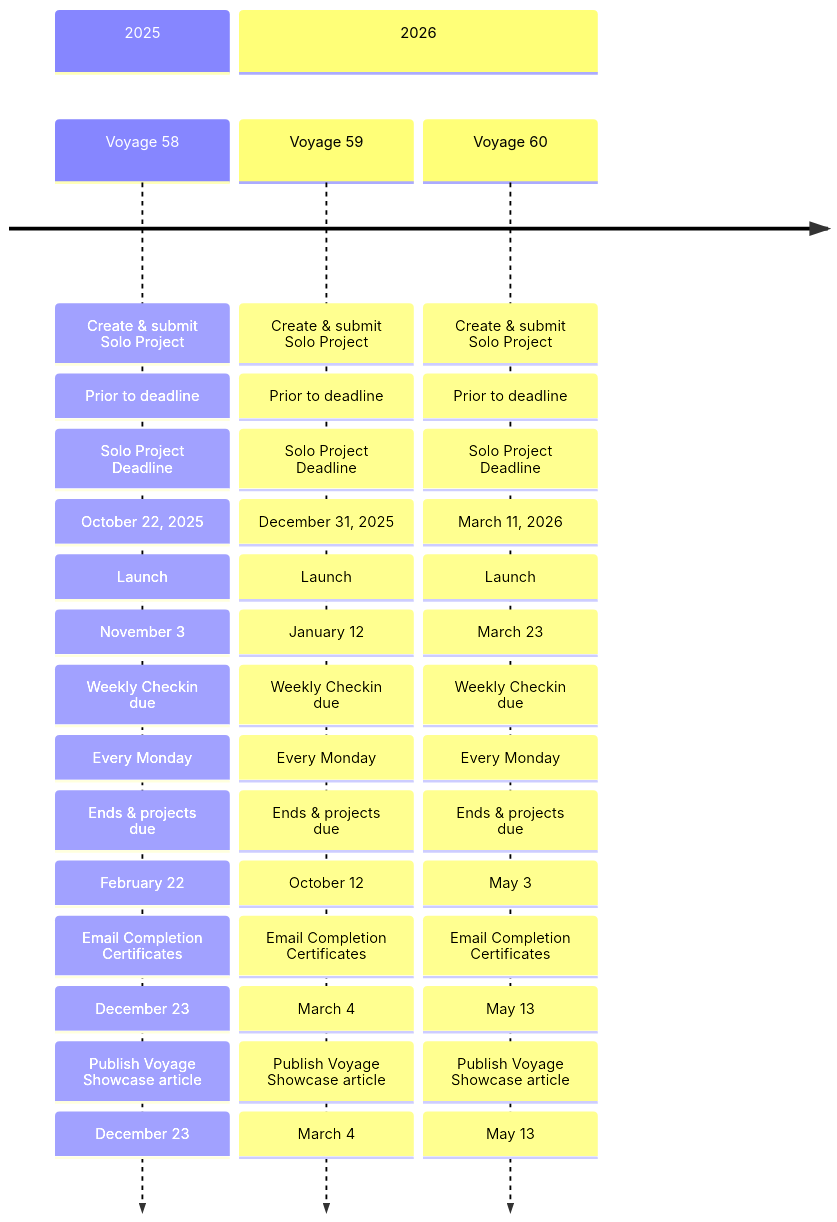
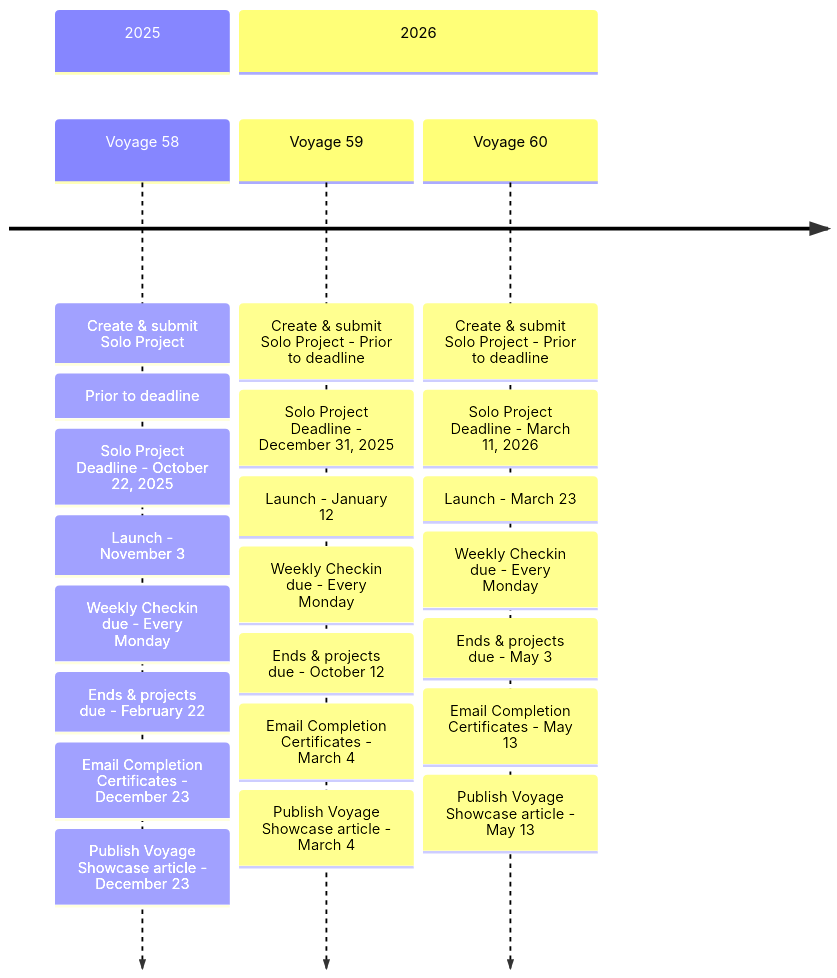
One commit to chingu-voyages/Handbook changed the first of 3 diagrams in docs/guides/voyage/voyage.md. Above: the diagram before and after it, drawn with Mermaid.

Commit message:
Feature: Reformat voyage schedule timeline sections

````diff
--- a/docs/guides/voyage/voyage.md
+++ b/docs/guides/voyage/voyage.md
@@ -31,26 +31,26 @@
 ```mermaid
   timeline
     section 2025
       Voyage 58: Create & submit Solo Project: Prior to deadline
-               : Solo Project Deadline: October 22, 2025
-               : Launch: November 3
-               : Weekly Checkin due: Every Monday
-               : Ends & projects due: February 22
-               : Email Completion Certificates: December 23
-               : Publish Voyage Showcase article: December 23
+               : Solo Project Deadline - October 22, 2025
+               : Launch - November 3
+               : Weekly Checkin due - Every Monday
+               : Ends & projects due - February 22
+               : Email Completion Certificates - December 23
+               : Publish Voyage Showcase article - December 23
     section 2026
-      Voyage 59: Create & submit Solo Project: Prior to deadline
-               : Solo Project Deadline: December 31, 2025
-               : Launch: January 12
-               : Weekly Checkin due: Every Monday
-               : Ends & projects due: October 12
-               : Email Completion Certificates: March 4
-               : Publish Voyage Showcase article: March 4
-      Voyage 60: Create & submit Solo Project: Prior to deadline
-               : Solo Project Deadline: March 11, 2026
-               : Launch: March 23 
-               : Weekly Checkin due: Every Monday
-               : Ends & projects due: May 3
-               : Email Completion Certificates: May 13
-               : Publish Voyage Showcase article: May 13
+      Voyage 59: Create & submit Solo Project - Prior to deadline
+               : Solo Project Deadline - December 31, 2025
+               : Launch - January 12
+               : Weekly Checkin due - Every Monday
+               : Ends & projects due - October 12
+               : Email Completion Certificates - March 4
+               : Publish Voyage Showcase article - March 4
+      Voyage 60: Create & submit Solo Project - Prior to deadline
+               : Solo Project Deadline - March 11, 2026
+               : Launch - March 23 
+               : Weekly Checkin due - Every Monday
+               : Ends & projects due - May 3
+               : Email Completion Certificates - May 13
+               : Publish Voyage Showcase article - May 13
 ```
````
